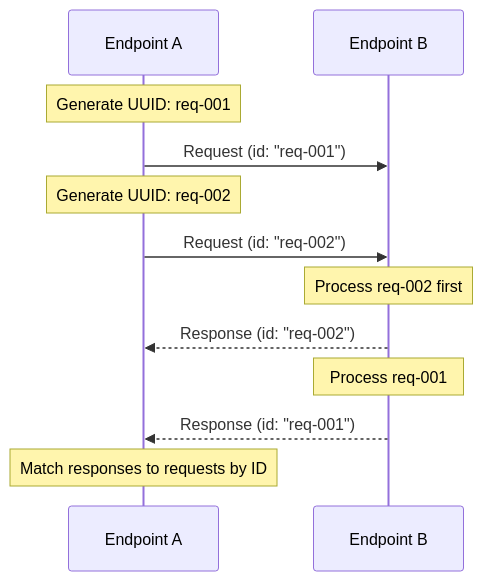
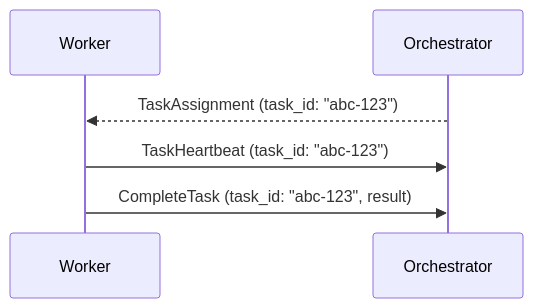
The third of 3 diagrams in docs/docs/protocol/message-format.md (stepflow-ai/stepflow), drawn with Mermaid before and after one commit. The commit also changed other lines of this file and 28 other files, not shown here.

First line of the commit message:
docs: Update documentation for gRPC-first architecture

````diff
--- a/docs/docs/protocol/message-format.md
+++ b/docs/docs/protocol/message-format.md
@@ -186,19 +105,9 @@
 ```mermaid
 sequenceDiagram
-    participant A as Endpoint A
-    participant B as Endpoint B
+    participant W as Worker
+    participant O as Orchestrator
 
-    Note over A: Generate UUID: req-001
-    A->>B: Request (id: "req-001")
-
-    Note over A: Generate UUID: req-002
-    A->>B: Request (id: "req-002")
-
-    Note over B: Process req-002 first
-    B-->>A: Response (id: "req-002")
-
-    Note over B: Process req-001
-    B-->>A: Response (id: "req-001")
-
-    Note over A: Match responses to requests by ID
+    O-->>W: TaskAssignment (task_id: "abc-123")
+    W->>O: TaskHeartbeat (task_id: "abc-123")
+    W->>O: CompleteTask (task_id: "abc-123", result)
 ```
````
